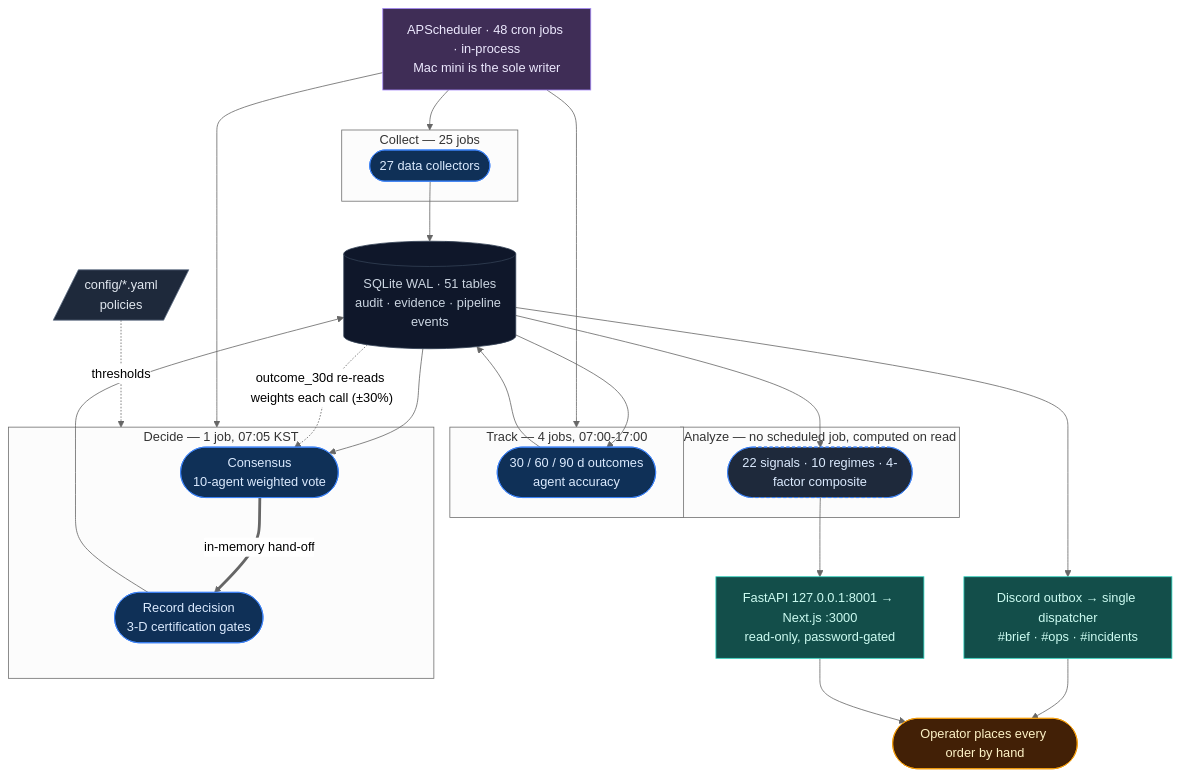
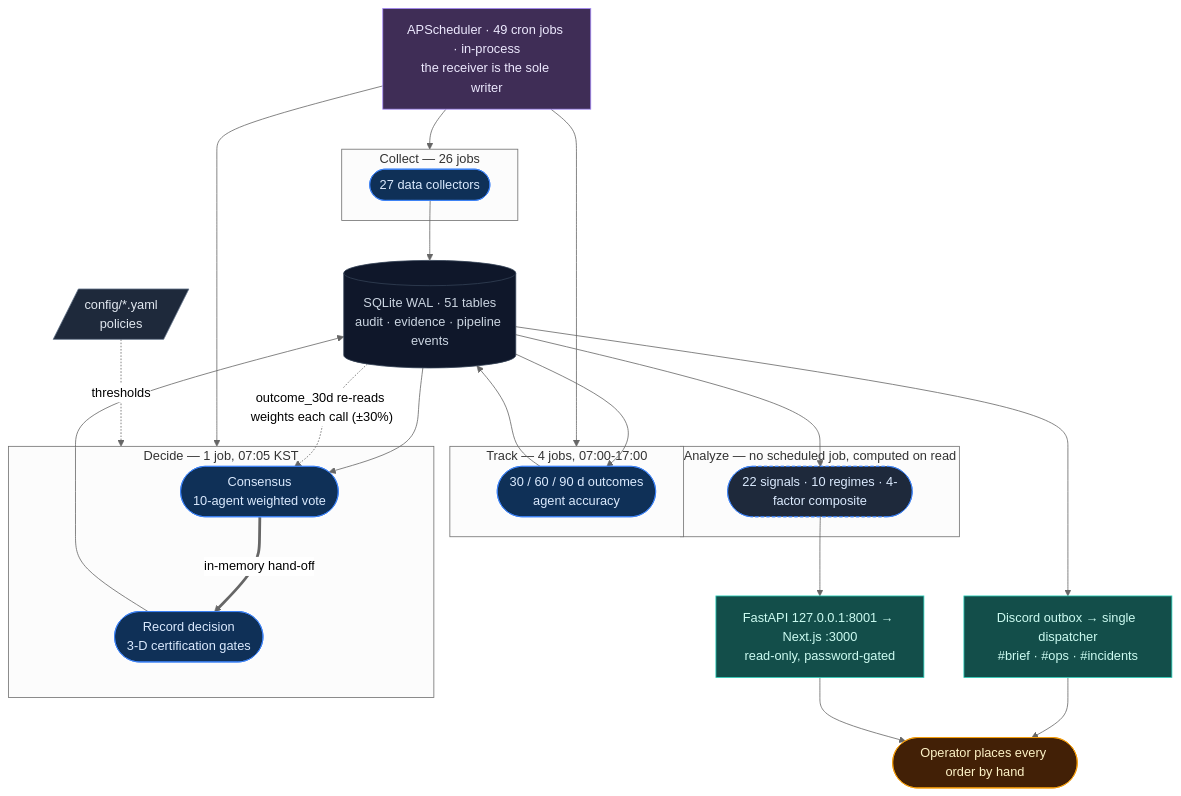
One commit to researcherhojin/nuri-quant changed the diagram in README.md. Above: the diagram before and after it, drawn with Mermaid (neutral theme). The commit also changed other lines of this file and 7 other files, not shown here.

````diff
--- a/README.md
+++ b/README.md
@@ -55,53 +55,53 @@
 ```mermaid
 flowchart TB
-    SCHED["APScheduler · 48 cron jobs · in-process<br/>Mac mini is the sole writer"]:::driver
+    SCHED["APScheduler · 49 cron jobs · in-process<br/>the receiver is the sole writer"]:::driver
     CFG[/"config/*.yaml<br/>policies"/]:::source
 
-    subgraph Collect["Collect — 25 jobs"]
+    subgraph Collect["Collect — 26 jobs"]
         COL(["27 data collectors"]):::pipe
     end
     subgraph Decide["Decide — 1 job, 07:05 KST"]
         CON(["Consensus<br/>10-agent weighted vote"]):::pipe
         CER(["Record decision<br/>3-D certification gates"]):::pipe
         CON ==>|in-memory hand-off| CER
     end
     subgraph Track["Track — 4 jobs, 07:00-17:00"]
         TRK(["30 / 60 / 90 d outcomes<br/>agent accuracy"]):::pipe
     end
     subgraph Analyze["Analyze — no scheduled job, computed on read"]
         ANA(["22 signals · 10 regimes · 4-factor composite"]):::lazy
     end
 
     DB[("SQLite WAL · 51 tables<br/>audit · evidence · pipeline events")]:::sink
 
     SCHED --> Collect
     SCHED --> Decide
     SCHED --> Track
     CFG -. thresholds .-> Decide
 
     COL --> DB
     DB --> CON
     CER --> DB
     DB --> TRK
     TRK --> DB
     DB -. "outcome_30d re-reads weights each call (±30%)" .-> CON
 
     DB --> ANA
     ANA --> READ
     DB --> BRIEF
 
     BRIEF["Discord outbox → single dispatcher<br/>#brief · #ops · #incidents"]:::out
     READ["FastAPI 127.0.0.1:8001 → Next.js :3000<br/>read-only, password-gated"]:::out
     USER(["Operator places every order by hand"]):::user
 
     BRIEF --> USER
     READ --> USER
 
     classDef driver fill:#3f2d56,stroke:#a78bfa,color:#ede9fe
     classDef source fill:#1e293b,stroke:#64748b,color:#e2e8f0
     classDef pipe   fill:#0f3057,stroke:#3b82f6,color:#dbeafe
     classDef lazy   fill:#1e293b,stroke:#3b82f6,color:#dbeafe,stroke-dasharray: 4 3
     classDef sink   fill:#0f172a,stroke:#334155,color:#cbd5e1
     classDef out    fill:#134e4a,stroke:#2dd4bf,color:#ccfbf1
     classDef user   fill:#422006,stroke:#f59e0b,color:#fef3c7
 ```
````
